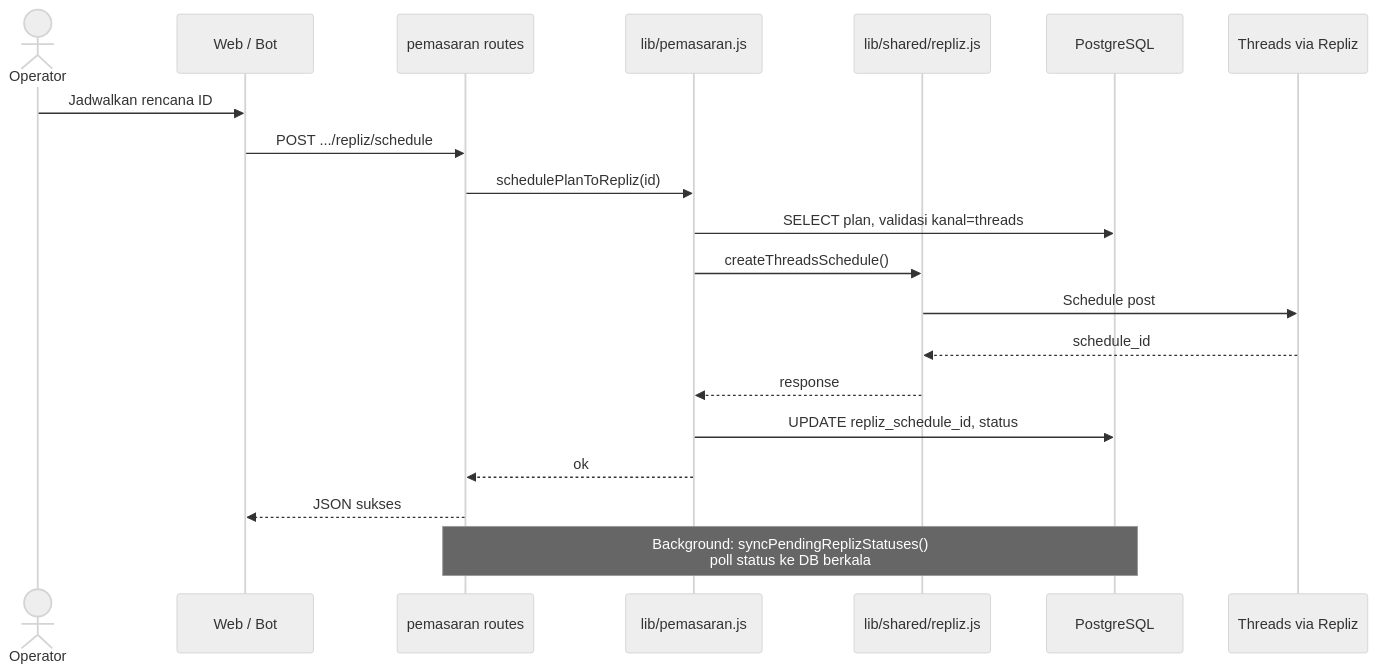
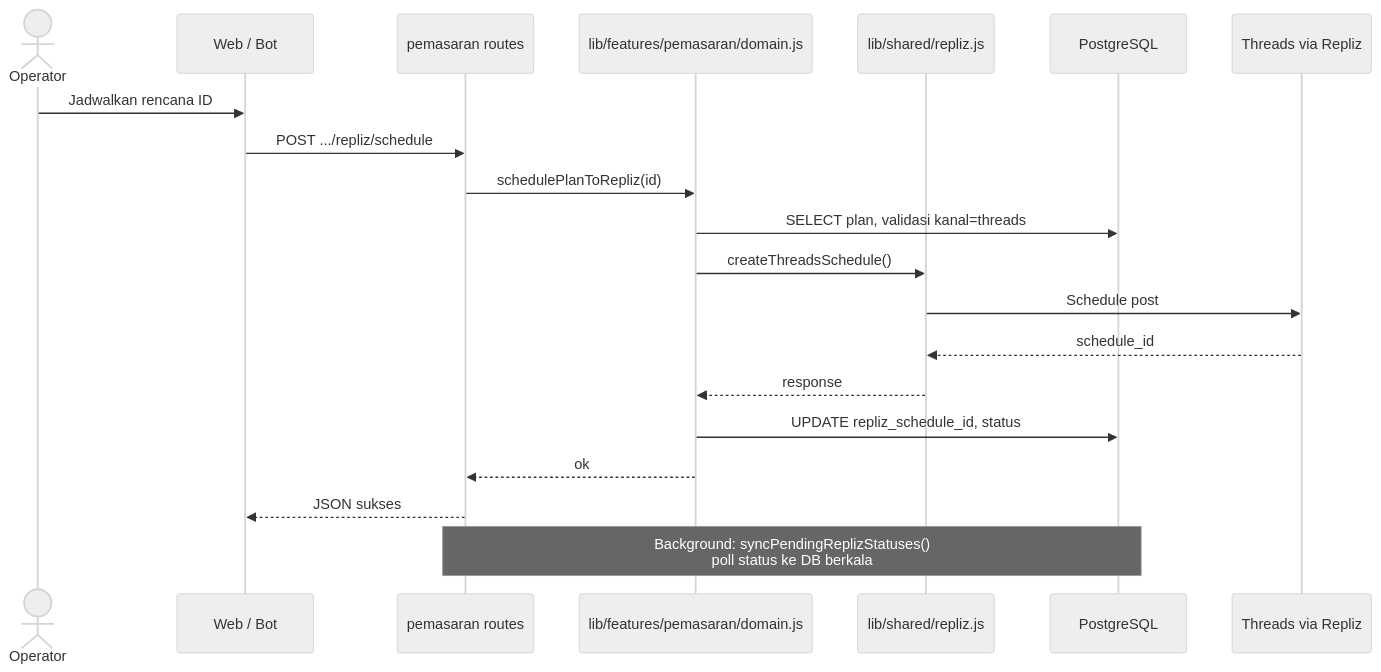
One commit to iggbudi/socai changed the sixth of 12 diagrams in README.md. Above: the diagram before and after it, drawn with Mermaid (neutral theme). The commit also changed other lines of this file and 20 other files, not shown here.

Commit message:
refactor(pemasaran): move pemasaran feature to lib/features/ (vertical slicing F5)

````diff
--- a/README.md
+++ b/README.md
@@ -310,24 +309,24 @@
 ```mermaid
 sequenceDiagram
     actor Operator
     participant UI as Web / Bot
     participant API as pemasaran routes
-    participant PEM as lib/pemasaran.js
+    participant PEM as lib/features/pemasaran/domain.js
     participant REP as lib/shared/repliz.js
     participant DB as PostgreSQL
     participant Threads as Threads via Repliz
 
     Operator->>UI: Jadwalkan rencana ID
     UI->>API: POST .../repliz/schedule
     API->>PEM: schedulePlanToRepliz(id)
     PEM->>DB: SELECT plan, validasi kanal=threads
     PEM->>REP: createThreadsSchedule()
     REP->>Threads: Schedule post
     Threads-->>REP: schedule_id
     REP-->>PEM: response
     PEM->>DB: UPDATE repliz_schedule_id, status
     PEM-->>API: ok
     API-->>UI: JSON sukses
 
     Note over API,DB: Background: syncPendingReplizStatuses()<br/>poll status ke DB berkala
 ```
````
